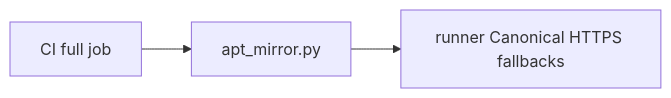
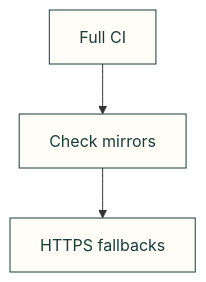
The diagram in tools/ci/README.md (Valpatel/cad-agent), drawn with Mermaid before and after one commit. The commit also changed 5 other files, not shown here.

Commit message:
ci: let bounded apt transport failures reach HTTPS fallbacks

````diff
--- a/tools/ci/README.md
+++ b/tools/ci/README.md
@@ -6,5 +6,7 @@
 ```mermaid
-flowchart LR
-    W["CI full job"] --> M["apt_mirror.py"]
-    M --> A["runner Canonical HTTPS fallbacks"]
+flowchart TD
+    W["Full CI"] --> M["Check mirrors"]
+    M --> A["HTTPS fallbacks"]
+    classDef here fill:#fffdf5,stroke:#173d3c,color:#173d3c
+    class W,M,A here
 ```
````
